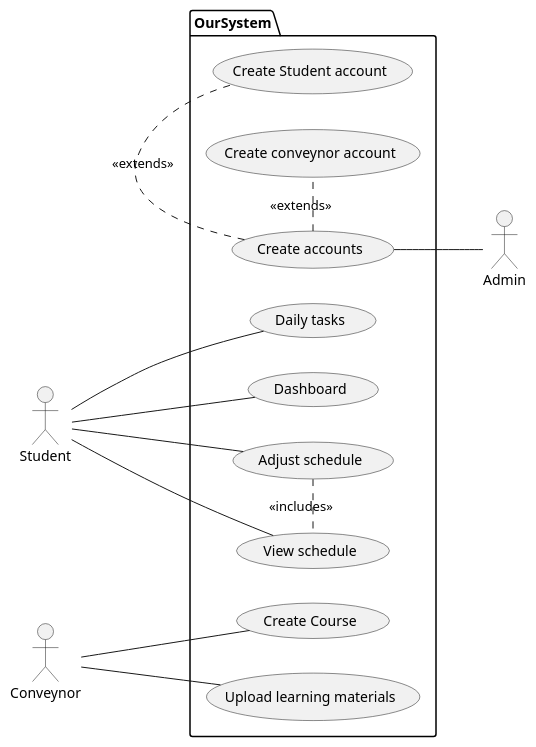
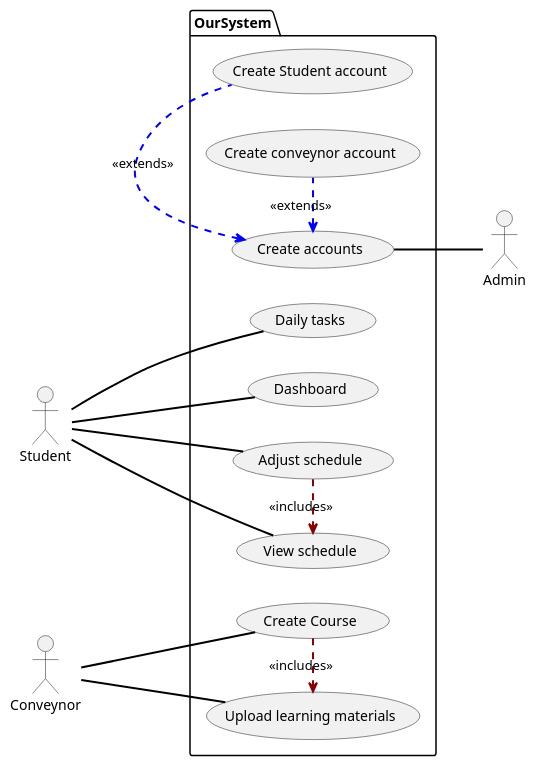
The diagram in UML_Diagram.pu (youssefsadquy/Study-Scheduler), drawn with PlantUML before and after one commit.

Commit message:
Change colours and line arrow thickness

```diff
--- a/UML_Diagram.pu
+++ b/UML_Diagram.pu
@@ -10,42 +10,48 @@
 @startuml Use_case
 left to right direction
 
 actor Student 
 actor Admin
 actor Conveynor
 
+skinparam ArrowThickness 2
+skinparam ArrowColor #black
+
 package OurSystem {
     usecase "Create Course" as create_cse
 
     usecase "Create accounts" as create_acc
     usecase "Create Student account" as student_acc
-    create_acc . student_acc : << extends >>
+    create_acc <. student_acc #blue : << extends >>
     usecase "Create conveynor account" as conveynor_acc
-    create_acc . conveynor_acc : << extends >>
+    create_acc <. conveynor_acc #blue : << extends >>
 
     usecase "Upload learning materials" as upload_learning_materials
-
     usecase "Daily tasks" as todos
-    
     usecase "View schedule" as view_sched
     usecase "Adjust schedule" as adjustment
     usecase "Dashboard" as dashboard
 
     /'
      ' Whenever adjustment use case happens, view schedule use case will happen
      ' as a subcase of the adjstment use case. 
-    '/
-    adjustment . view_sched : << includes >>
+     '/
+    adjustment .> view_sched #DarkRed : << includes >> 
 
     create_acc -- Admin
 
     Student -- view_sched
     Student -- todos
     Student -- adjustment
     Student -- dashboard
 
     Conveynor -- upload_learning_materials
     Conveynor -- create_cse
+
+    /' 
+     ' Whenever a course is created, learning materials should be uploaded.
+     '/
+    create_cse .> upload_learning_materials #DarkRed : << includes >>
 }
 
 @enduml
```
